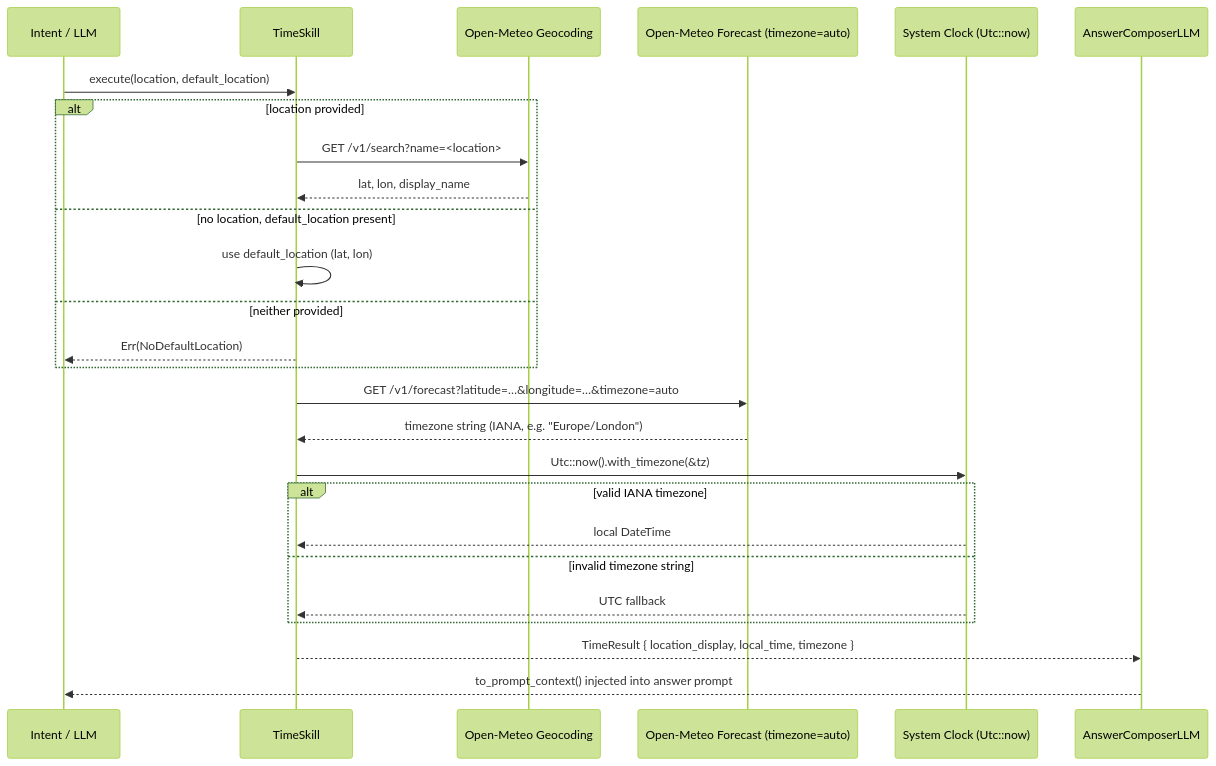
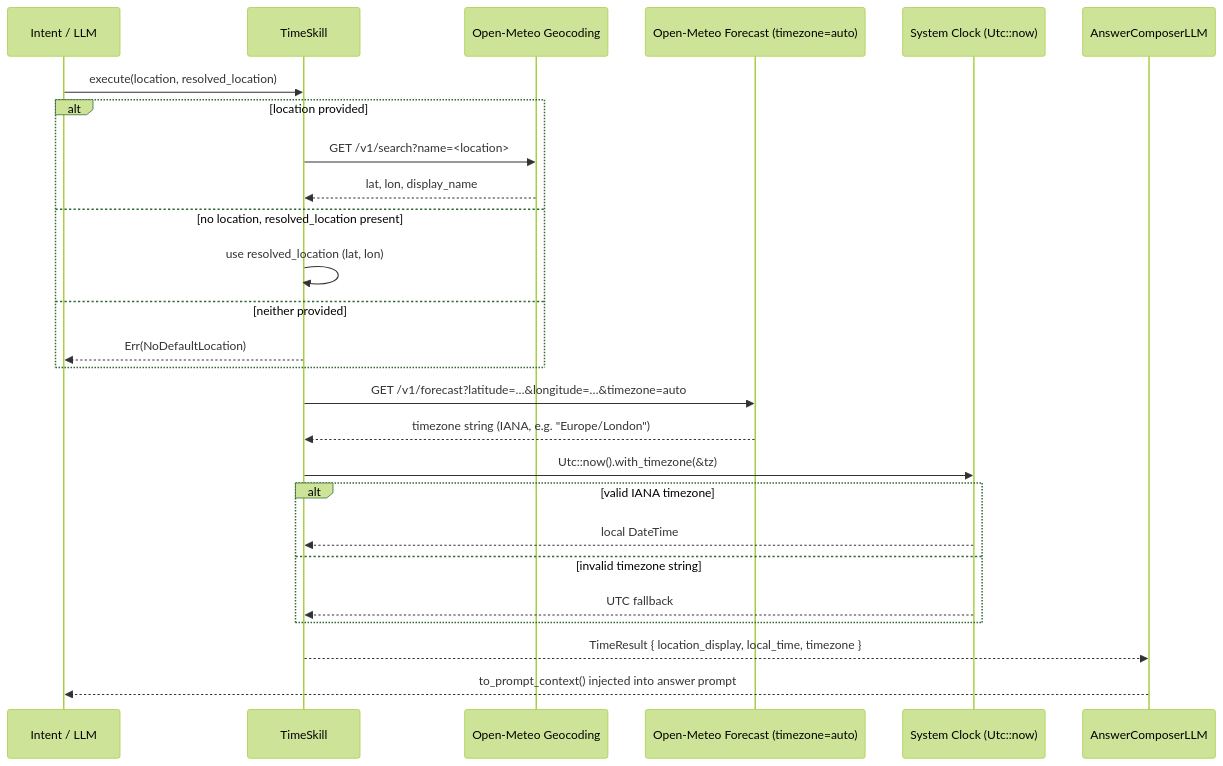
The diagram in docs/skills/time.md (AncientiCe/aice), drawn with Mermaid (forest theme) before and after one commit. The commit also changed other lines of this file and 54 other files, not shown here.

````diff
--- a/docs/skills/time.md
+++ b/docs/skills/time.md
@@ -11,29 +13,29 @@
 ```mermaid
 sequenceDiagram
     participant LLM as Intent / LLM
     participant Skill as TimeSkill
     participant Geo as Open-Meteo Geocoding
     participant API as Open-Meteo Forecast (timezone=auto)
     participant Clock as System Clock (Utc::now)
     participant Composer as AnswerComposerLLM
 
-    LLM->>Skill: execute(location, default_location)
+    LLM->>Skill: execute(location, resolved_location)
     alt location provided
         Skill->>Geo: GET /v1/search?name=<location>
         Geo-->>Skill: lat, lon, display_name
-    else no location, default_location present
-        Skill->>Skill: use default_location (lat, lon)
+    else no location, resolved_location present
+        Skill->>Skill: use resolved_location (lat, lon)
     else neither provided
         Skill-->>LLM: Err(NoDefaultLocation)
     end
     Skill->>API: GET /v1/forecast?latitude=…&longitude=…&timezone=auto
     API-->>Skill: timezone string (IANA, e.g. "Europe/London")
     Skill->>Clock: Utc::now().with_timezone(&tz)
     alt valid IANA timezone
         Clock-->>Skill: local DateTime
     else invalid timezone string
         Clock-->>Skill: UTC fallback
     end
     Skill-->>Composer: TimeResult { location_display, local_time, timezone }
     Composer-->>LLM: to_prompt_context() injected into answer prompt
 ```
````
